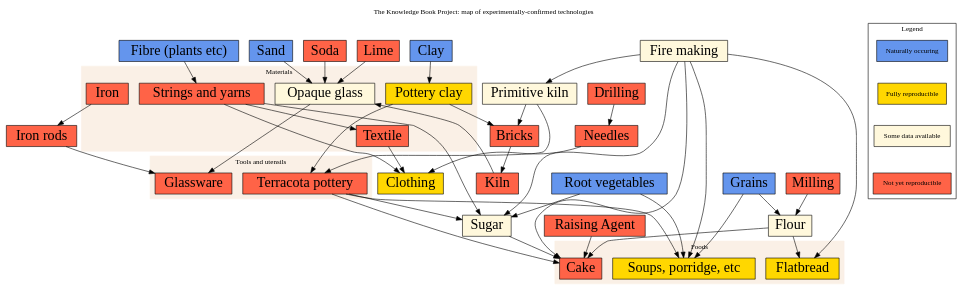
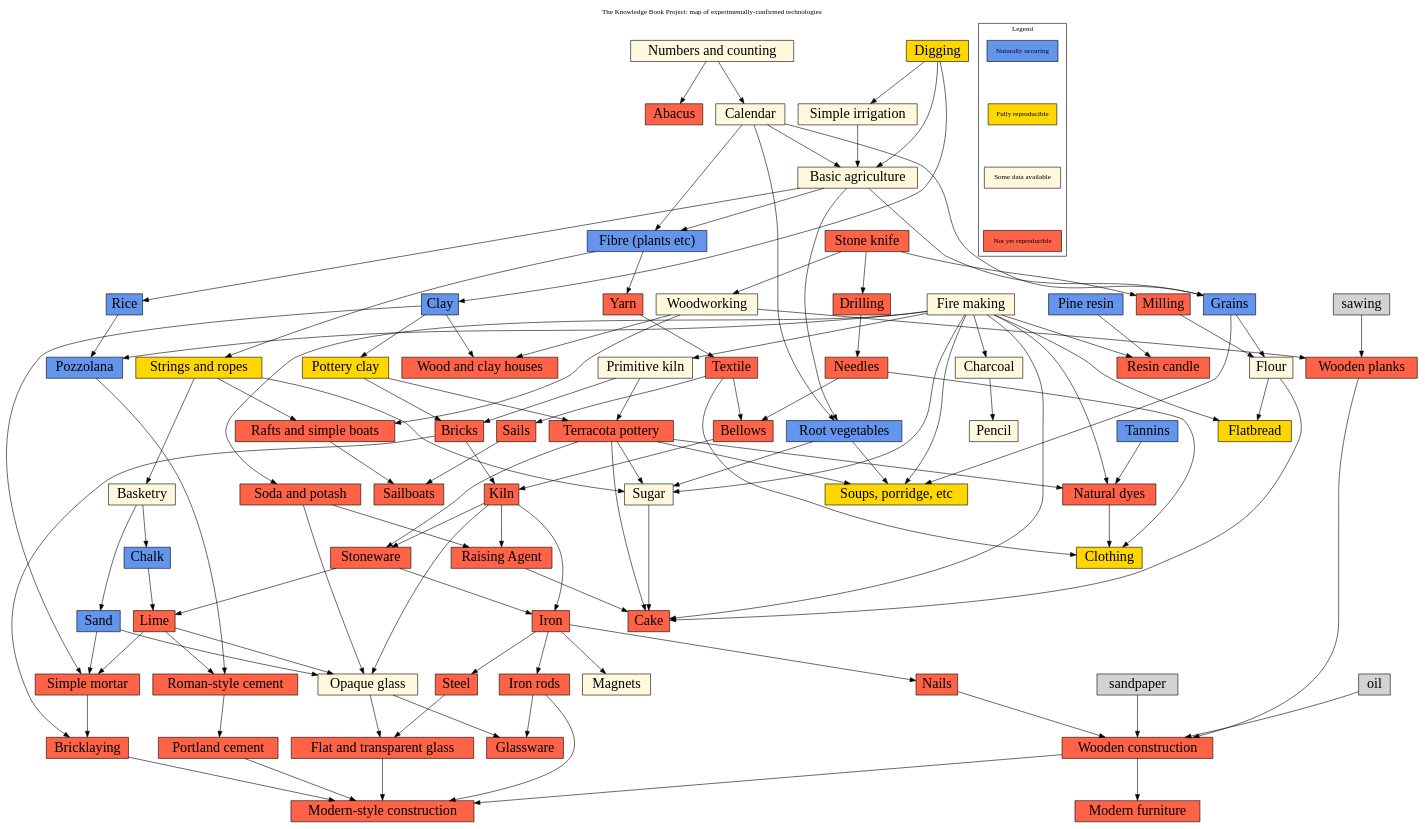
One commit to ninakali/ninakali.github.io changed the diagram in book/techtree.dot. Above: the diagram before and after it, drawn with Graphviz. The commit also changed 1 other file, not shown here.

```diff
--- a/book/techtree.dot
+++ b/book/techtree.dot
@@ -14,11 +14,49 @@
     fontsize=12
     labelloc="t"
     label="The Knowledge Book Project: map of experimentally-confirmed technologies"
+    nodesep=0.3
+    ranksep=1
     
-    node [fontsize=24 fontname="monogram" width=1 shape=box style=filled]
+    node [fontsize=24 fontname="monogram" shape=box style=filled]
     
     subgraph tech {
         
+        numbers         [label="Numbers and counting" fillcolor=cornsilk]
+        calendar        [label="Calendar" fillcolor=cornsilk]
+        
+        numbers->calendar
+        numbers->abacus
+        
+        abacus          [label="Abacus" fillcolor=tomato]
+        
+        
+        digging         [label="Digging" fillcolor=gold]
+        
+        stone_knife     [label="Stone knife" fillcolor=tomato]
+        stone_knife->milling
+        stone_knife->drilling
+        stone_knife->woodworking
+        
+        woodworking     [label="Woodworking" fillcolor=cornsilk]
+        
+        calendar->agriculture
+        digging->agriculture
+        digging->irrigation
+        irrigation->agriculture
+        
+        irrigation      [label="Simple irrigation" fillcolor=cornsilk]
+        agriculture     [label="Basic agriculture" fillcolor=cornsilk]
+        
+        agriculture->grains
+        agriculture->root_vegs
+        agriculture->fibrous
+        calendar->grains
+        calendar->root_vegs
+        calendar->fibrous
+        
+
+        
+        digging->clay
         clay            [label="Clay" fillcolor=cornflowerblue]
         clay->workable_clay
         
@@ -67,70 +105,164 @@
         terracota->soup_porridge
         firemaking->soup_porridge
         
-        soda            [label="Soda" fillcolor=tomato]
-        lime            [label="Lime" fillcolor=tomato]
-        sand            [label="Sand" fillcolor=cornflowerblue]
+        firemaking->charcoal
+        charcoal            [label="Charcoal" fillcolor=cornsilk]
+        charcoal->pencil
+        pencil              [label="Pencil" fillcolor=cornsilk]
+        
+        resin               [label="Pine resin" fillcolor=cornflowerblue]
+        resin->resin_candle
+        firemaking->resin_candle
+        resin_candle        [label="Resin candle" fillcolor=tomato]
+        
+        firemaking->soda
+        basketry->chalk
+        basketry->sand
+        
+        soda                [label="Soda and potash" fillcolor=tomato]
+        
+        chalk               [label="Chalk" fillcolor=cornflowerblue]
+        chalk->lime
+        lime                [label="Lime" fillcolor=tomato]
+        sand                [label="Sand" fillcolor=cornflowerblue]
+        
+        soda->raising_agent
+        kiln->raising_agent
         
         soda->glass
         lime->glass
         sand->glass
         kiln->glass
         
+        glass->flat_glass
+        steel->flat_glass
+        flat_glass          [label="Flat and transparent glass" fillcolor=tomato]
+        
         
         iron->iron_rods
         iron_rods           [label="Iron rods" fillcolor=tomato]
+        iron->steel
+        steel               [label="Steel" fillcolor=tomato]
         glass->glassware
         iron_rods->glassware
+        
+        woodworking->houses
+        clay->houses
+        houses              [label="Wood and clay houses" fillcolor=tomato]
+        
+        bricks->bricklaying
+        clay->mortar
+        sand->mortar
+        lime->mortar
+        mortar              [label="Simple mortar" fillcolor=tomato]
+        mortar->bricklaying
+        
+        bricklaying         [label="Bricklaying" fillcolor=tomato]
+        
+        agriculture->rice
+        rice                [label="Rice" fillcolor=cornflowerblue]
+        rice->pozzolana
+        firemaking->pozzolana
+        pozzolana->cement
+        pozzolana           [label="Pozzolana" fillcolor=cornflowerblue]
+        lime->cement
+        cement              [label="Roman-style cement" fillcolor=tomato]
+        
+        cement->portland_cement
+        portland_cement     [label="Portland cement" fillcolor=tomato]
+        
+        woodworking->planks
+        sawing->planks
+        planks              [label="Wooden planks" fillcolor=tomato]
+        iron->nails
+        nails               [label="Nails" fillcolor=tomato]
+        
+        nails->wooden_construction
+        planks->wooden_construction
+        oil->wooden_construction
+        sandpaper->wooden_construction
+        wooden_construction [label="Wooden construction" fillcolor=tomato]
+        
+        wooden_construction->modern_furniture
+        modern_furniture    [label="Modern furniture" fillcolor=tomato]
+        
+        portland_cement->modern_construction
+        iron_rods->modern_construction
+        flat_glass->modern_construction
+        bricklaying->modern_construction
+        wooden_construction->modern_construction
+        modern_construction [label="Modern-style construction" fillcolor=tomato]
         
         
         fibrous             [label="Fibre (plants etc)" fillcolor=cornflowerblue]
         fibrous->string
+        fibrous->yarn
         
-        string->textile
+        string->rafts
+        woodworking->rafts
+        rafts               [label="Rafts and simple boats" fillcolor=tomato]
+
+        rafts->sailboats
+        sails->sailboats
+        sailboats           [label="Sailboats" fillcolor=tomato]
         
-        string->clothes
+        yarn->textile
+        
+        textile->sails
+        sails               [label="Sails" fillcolor=tomato]
+        
+        string->basketry
         textile->clothes
         needle->clothes
         
+        textile->bellows
+        needle->bellows
+        
+        bellows             [label="Bellows" fillcolor=tomato]
+        bellows->kiln
+        
+        kiln->iron
+        
         drilling->needle
+        
+        tannins->natural_dyes
+        tannins             [label="Tannins" fillcolor=cornflowerblue]
+        firemaking->natural_dyes
+        terracota->natural_dyes
+        natural_dyes        [label="Natural dyes" fillcolor=tomato]
+        natural_dyes->clothes
         
         drilling            [label="Drilling" fillcolor=tomato]
         needle              [label="Needles" fillcolor=tomato]
         clothes             [label="Clothing" fillcolor=gold]
         
-        subgraph cluster_food {
-            style=filled;
-            color=linen;
-            
-            label = "Foods";
-            
-            flatbread       [label="Flatbread" fillcolor=gold]
-            cake            [label="Cake" fillcolor=tomato]
-            soup_porridge   [label="Soups, porridge, etc" fillcolor=gold]
-        }
+        terracota->stoneware
+        kiln->stoneware
         
-        subgraph cluster_materials {
-            style=filled;
-            color=linen;
-            
-            label = "Materials";
-            
-            glass           [label="Opaque glass" fillcolor=cornsilk]
-            workable_clay   [label="Pottery clay" fillcolor=gold]
-            iron            [label="Iron" fillcolor=tomato]
-            textile         [label="Textile" fillcolor=tomato]
-            string          [label="Strings and yarns" fillcolor=tomato]
-        }
+        stoneware->iron
+        stoneware->lime
         
-        subgraph cluster_utensil {
-            style=filled;
-            color=linen;
-            
-            label = "Tools and utensils";
-            
-            terracota       [label="Terracota pottery" fillcolor=tomato]
-            glassware       [label="Glassware" fillcolor=tomato]
-        }
+        iron->magnets
+        magnets             [label="Magnets" fillcolor=cornsilk]
+
+        // Foods
+        flatbread           [label="Flatbread" fillcolor=gold]
+        cake                [label="Cake" fillcolor=tomato]
+        soup_porridge       [label="Soups, porridge, etc" fillcolor=gold]
+
+        // Materials 
+        glass               [label="Opaque glass" fillcolor=cornsilk]
+        workable_clay       [label="Pottery clay" fillcolor=gold]
+        iron                [label="Iron" fillcolor=tomato]
+        textile             [label="Textile" fillcolor=tomato]
+        string              [label="Strings and ropes" fillcolor=gold]
+        yarn                [label="Yarn" fillcolor=tomato]
+    
+        // Tools and utensils
+        terracota       [label="Terracota pottery" fillcolor=tomato]
+        stoneware       [label="Stoneware" fillcolor=tomato]
+        glassware       [label="Glassware" fillcolor=tomato]
+        basketry        [label="Basketry" fillcolor=cornsilk]
     } /* end tech subgraph */
     
         
```
